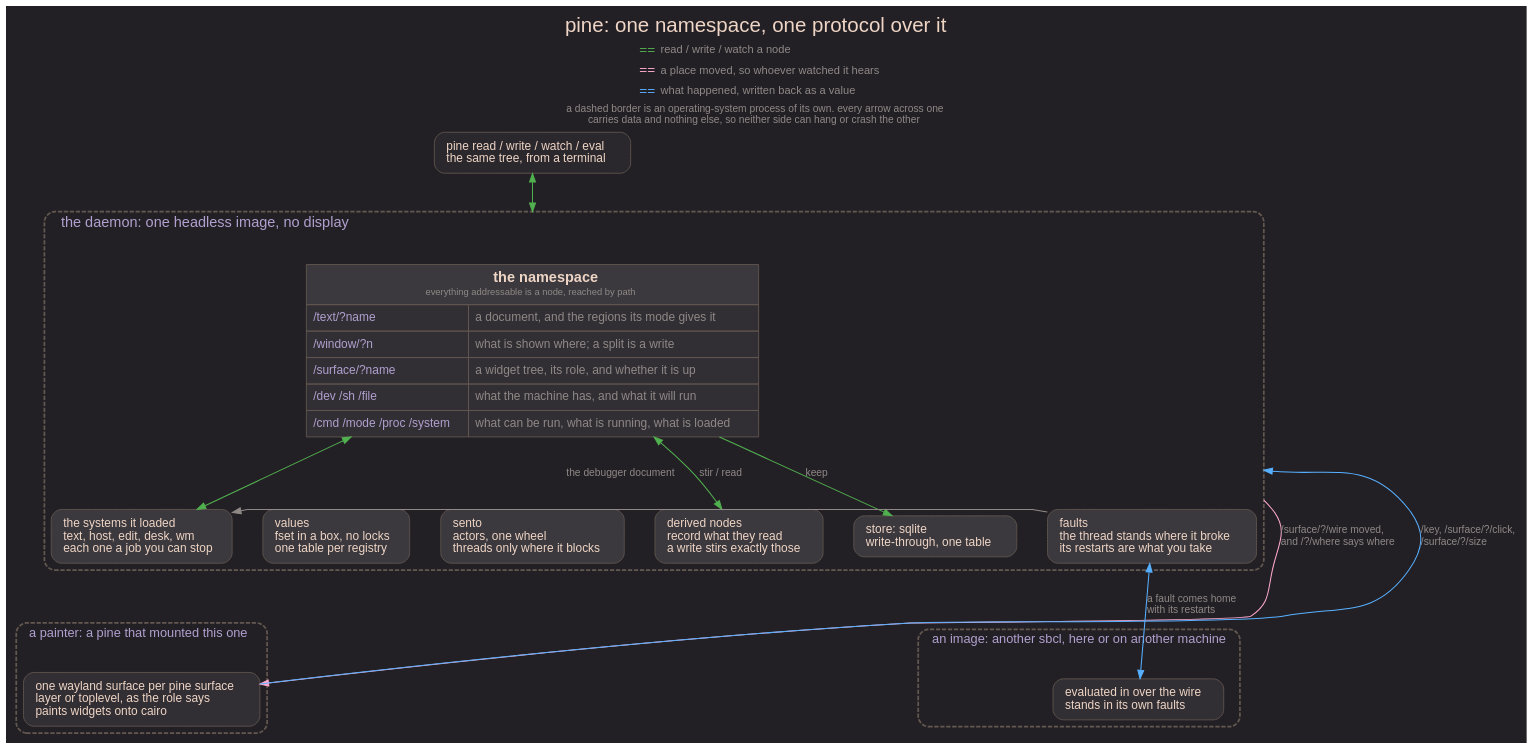
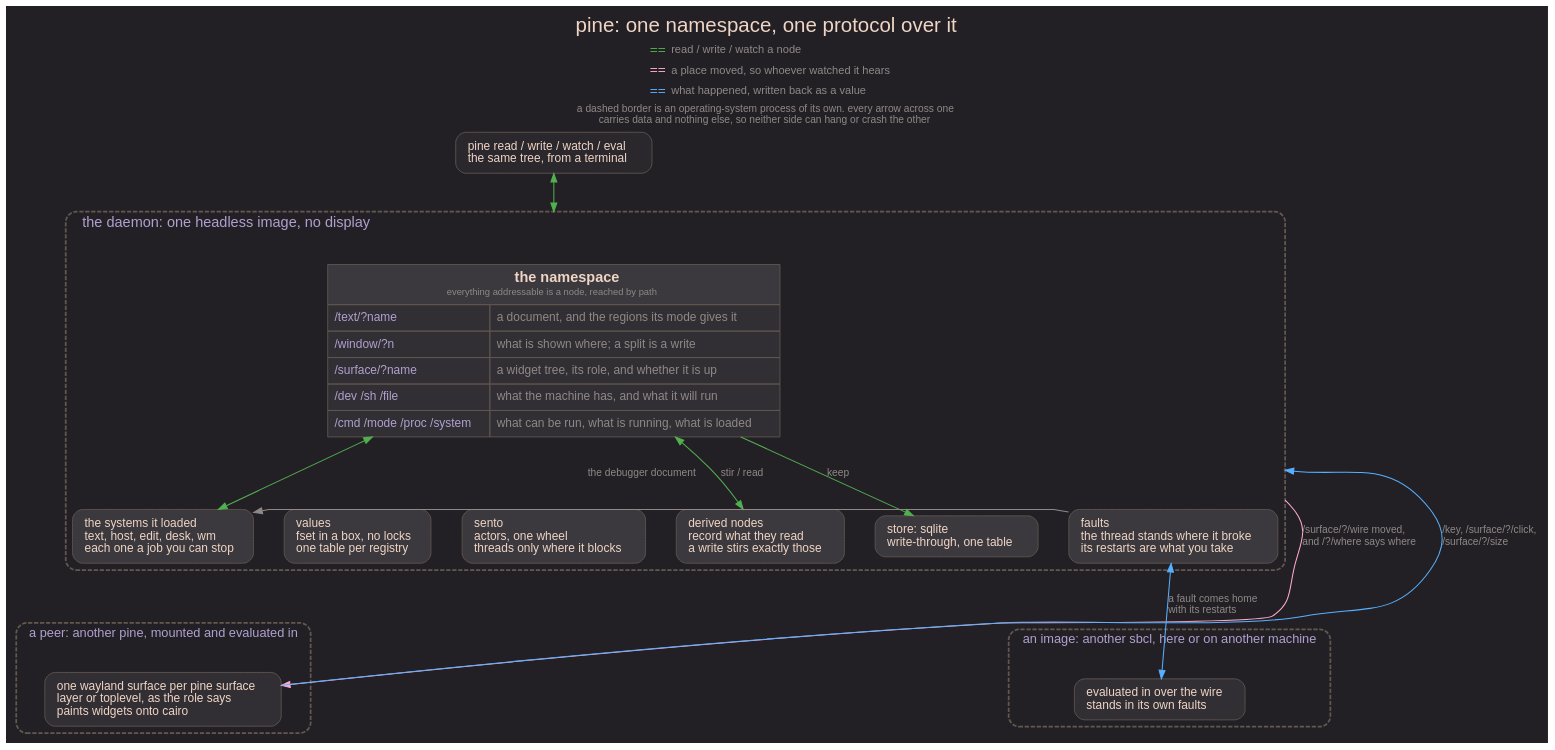
The diagram in doc/architecture.dot (bretfh/pine), drawn with Graphviz before and after one commit. The commit also changed 62 other files, not shown here.

```diff
--- a/doc/architecture.dot
+++ b/doc/architecture.dot
@@ -1,92 +1,92 @@
 digraph pine {
   rankdir=TB; splines=spline; compound=true;
   graph [fontname="sans-serif", fontsize=22, ranksep=1.0, nodesep=0.5,
          bgcolor="#232025", labelloc=t, fontcolor="#efd5c5",
          label=<<table border="0" cellborder="0" cellspacing="0" cellpadding="3">
            <tr><td colspan="2"><font point-size="24" color="#efd5c5">pine: one namespace, one protocol over it</font></td></tr>
            <tr><td align="right"><font color="#51b04f" point-size="16">==</font></td>
                <td align="left"><font color="#8f8886" point-size="13">read / write / watch a node</font></td></tr>
            <tr><td align="right"><font color="#ffaacf" point-size="16">==</font></td>
                <td align="left"><font color="#8f8886" point-size="13">a place moved, so whoever watched it hears</font></td></tr>
            <tr><td align="right"><font color="#57b0ff" point-size="16">==</font></td>
                <td align="left"><font color="#8f8886" point-size="13">what happened, written back as a value</font></td></tr>
            <tr><td colspan="2"><font color="#8f8886" point-size="12">a dashed border is an operating-system process of its own. every arrow across one<br/>carries data and nothing else, so neither side can hang or crash the other</font></td></tr>
          </table>>];
   node  [fontname="sans-serif", fontsize=14, shape=box, style="rounded,filled",
          color="#635850", fontcolor="#efd5c5", fillcolor="#322f34",
          margin="0.20,0.12"];
   edge  [fontname="sans-serif", fontsize=12, color="#8f8886",
          fontcolor="#8f8886", penwidth=1.2];
 
   subgraph cluster_daemon {
     label="the daemon: one headless image, no display";
     labeljust=l; fontsize=17; fontcolor="#b0a0cf";
     color="#635850"; style="rounded,dashed"; penwidth=2;
 
     tree [shape=none, margin=0, label=<
       <table border="0" cellborder="1" cellspacing="0" cellpadding="7"
              bgcolor="#322f34" color="#635850">
         <tr><td bgcolor="#3b393e" colspan="2">
           <font color="#efd5c5" point-size="17"><b>the namespace</b></font><br/>
           <font color="#8f8886" point-size="11">everything addressable is a node, reached by path</font>
         </td></tr>
         <tr><td align="left"><font color="#b0a0cf">/text/?name</font></td>
             <td align="left"><font color="#8f8886">a document, and the regions its mode gives it</font></td></tr>
         <tr><td align="left"><font color="#b0a0cf">/window/?n</font></td>
             <td align="left"><font color="#8f8886">what is shown where; a split is a write</font></td></tr>
         <tr><td align="left"><font color="#b0a0cf">/surface/?name</font></td>
             <td align="left"><font color="#8f8886">a widget tree, its role, and whether it is up</font></td></tr>
         <tr><td align="left"><font color="#b0a0cf">/dev /sh /file</font></td>
             <td align="left"><font color="#8f8886">what the machine has, and what it will run</font></td></tr>
         <tr><td align="left"><font color="#b0a0cf">/cmd /mode /proc /system</font></td>
             <td align="left"><font color="#8f8886">what can be run, what is running, what is loaded</font></td></tr>
       </table>>];
 
     values [label="values\lfset in a box, no locks\lone table per registry\l", fillcolor="#3b393e"];
     conc   [label="sento\lactors, one wheel\lthreads only where it blocks\l", fillcolor="#3b393e"];
     derived [label="derived nodes\lrecord what they read\la write stirs exactly those\l", fillcolor="#3b393e"];
     store  [label="store: sqlite\lwrite-through, one table\l", fillcolor="#3b393e"];
     systems [label="the systems it loaded\ltext, host, edit, desk, wm\leach one a job you can stop\l", fillcolor="#3b393e"];
     faults [label="faults\lthe thread stands where it broke\lits restarts are what you take\l", fillcolor="#3b393e"];
 
     { rank=same; derived; store; values; conc; }
     { rank=same; systems; faults; }
     tree -> derived [color="#51b04f", dir=both, label="stir / read"];
     tree -> store   [color="#51b04f", label="keep"];
     tree -> values  [style=invis];
     tree -> conc    [style=invis];
     tree -> systems [color="#51b04f", dir=both];
     faults -> systems [color="#8f8886", constraint=false,
                        label="the debugger document"];
   }
 
-  subgraph cluster_painter {
-    label="a painter: a pine that mounted this one";
+  subgraph cluster_peer {
+    label="a peer: another pine, mounted and evaluated in";
     labeljust=l; fontsize=15; fontcolor="#b0a0cf";
     color="#635850"; style="rounded,dashed"; penwidth=2;
     pa [label="one wayland surface per pine surface\llayer or toplevel, as the role says\lpaints widgets onto cairo\l"];
   }
 
   subgraph cluster_image {
     label="an image: another sbcl, here or on another machine";
     labeljust=l; fontsize=15; fontcolor="#b0a0cf";
     color="#635850"; style="rounded,dashed"; penwidth=2;
     im [label="evaluated in over the wire\lstands in its own faults\l"];
   }
 
   cli [label="pine read / write / watch / eval\lthe same tree, from a terminal\l",
        fillcolor="#2b282d"];
 
   systems -> pa [style=invis];
   faults -> im [style=invis];
 
   tree -> pa [color="#ffaacf", ltail=cluster_daemon, constraint=false,
               label="/surface/?/wire moved,\land /?/where says where\l"];
   pa -> tree [color="#57b0ff", lhead=cluster_daemon, constraint=false,
               label="/key, /surface/?/click,\l/surface/?/size\l"];
 
   faults -> im [color="#57b0ff", dir=both,
                 label="a fault comes home\lwith its restarts\l"];
 
   cli -> tree [color="#51b04f", dir=both, lhead=cluster_daemon];
 }
```
